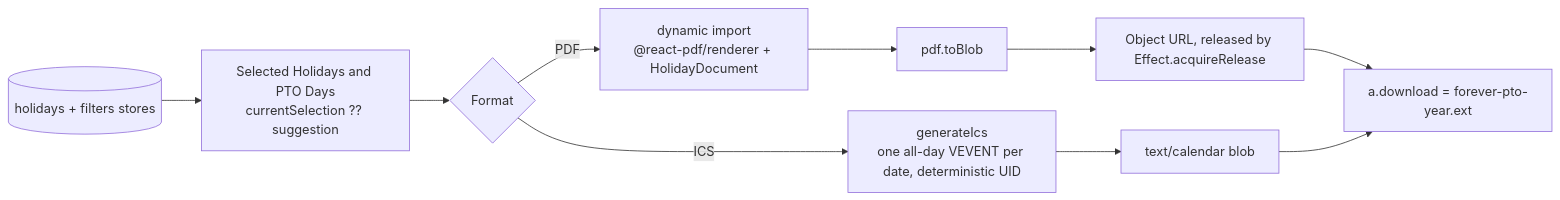
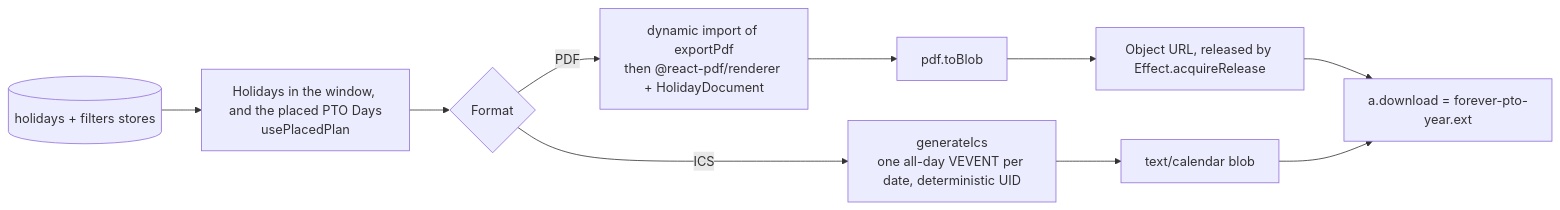
One commit to fbuireu/forever-pto changed the diagram in apps/docs/src/content/docs/how-it-works/exports.mdx. Above: the diagram before and after it, drawn with Mermaid. The commit also changed other lines of this file and 232 other files, not shown here.

````diff
--- a/apps/docs/src/content/docs/how-it-works/exports.mdx
+++ b/apps/docs/src/content/docs/how-it-works/exports.mdx
@@ -15,11 +15,11 @@
 ```mermaid
 flowchart LR
-  ST[(holidays + filters stores)] --> SEL[Selected Holidays and PTO Days<br/>currentSelection ?? suggestion]
+  ST[(holidays + filters stores)] --> SEL[Holidays in the window, and the placed PTO Days<br/>usePlacedPlan]
   SEL --> T{Format}
-  T -- PDF --> DYN[dynamic import<br/>@react-pdf/renderer + HolidayDocument]
+  T -- PDF --> DYN[dynamic import of exportPdf<br/>then @react-pdf/renderer + HolidayDocument]
   DYN --> BLOB1[pdf.toBlob]
   BLOB1 --> URL[Object URL, released by Effect.acquireRelease]
   T -- ICS --> GEN[generateIcs<br/>one all-day VEVENT per date, deterministic UID]
   GEN --> BLOB2[text/calendar blob]
   URL & BLOB2 --> DL[a.download = forever-pto-year.ext]
 ```
````
